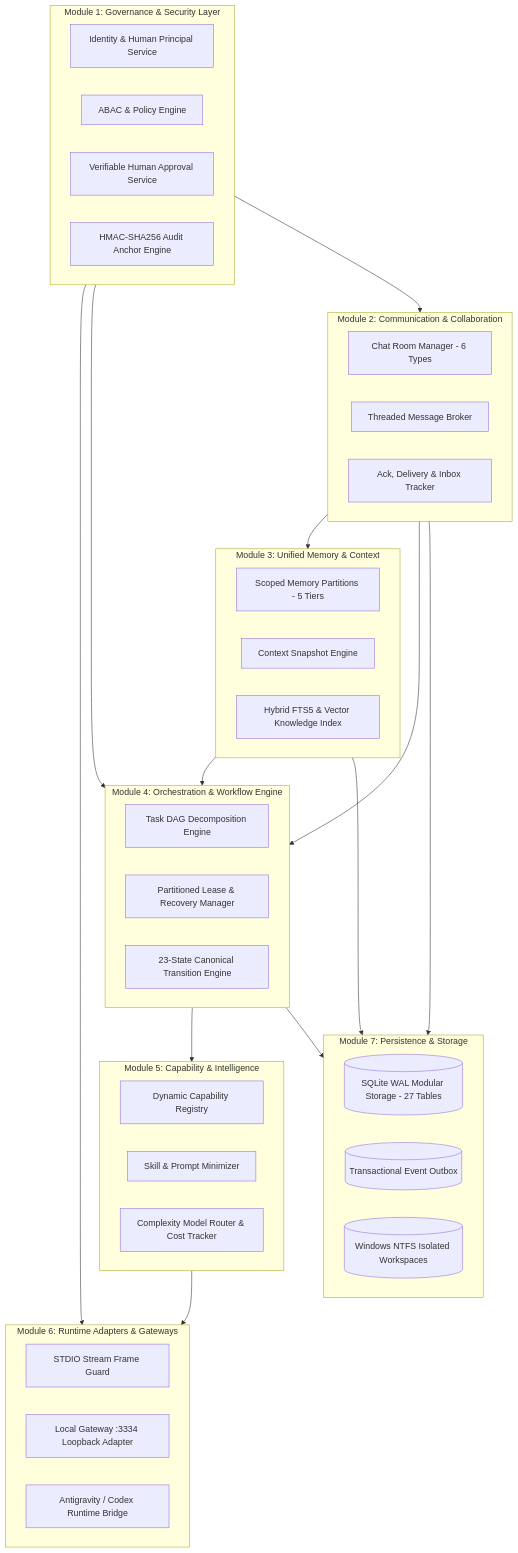
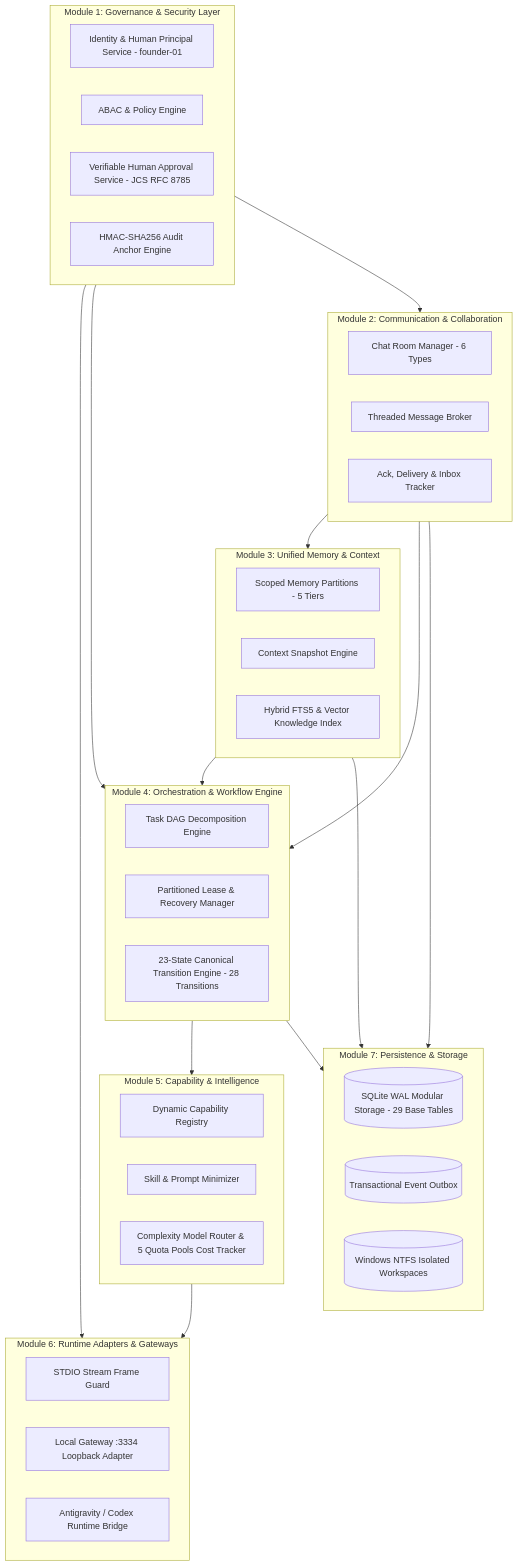
Before and after one commit to kietpro352010/AICO: the second of 3 diagrams in docs/blueprint/v3/00_AICO_V3_MASTER_BLUEPRINT.md, drawn with Mermaid. The commit also changed other lines of this file and 11 other files, not shown here.

First line of the commit message:
docs(blueprint): reconcile v3 architecture, security gates, and contracts

````diff
--- a/docs/blueprint/v3/00_AICO_V3_MASTER_BLUEPRINT.md
+++ b/docs/blueprint/v3/00_AICO_V3_MASTER_BLUEPRINT.md
@@ -93,57 +92,57 @@
 ```mermaid
 graph TD
     subgraph S1["Module 1: Governance & Security Layer"]
-        Auth[Identity & Human Principal Service]
+        Auth[Identity & Human Principal Service - founder-01]
         ABAC[ABAC & Policy Engine]
-        Approval[Verifiable Human Approval Service]
+        Approval[Verifiable Human Approval Service - JCS RFC 8785]
         Audit[HMAC-SHA256 Audit Anchor Engine]
     end
 
     subgraph S2["Module 2: Communication & Collaboration"]
         RoomMgr[Chat Room Manager - 6 Types]
         MsgBroker[Threaded Message Broker]
         Notify[Ack, Delivery & Inbox Tracker]
     end
 
     subgraph S3["Module 3: Unified Memory & Context"]
         MemPart[Scoped Memory Partitions - 5 Tiers]
         ContextEngine[Context Snapshot Engine]
         KnowSearch[Hybrid FTS5 & Vector Knowledge Index]
     end
 
     subgraph S4["Module 4: Orchestration & Workflow Engine"]
         DAG[Task DAG Decomposition Engine]
         LeaseMgr[Partitioned Lease & Recovery Manager]
-        StateMachine[23-State Canonical Transition Engine]
+        StateMachine[23-State Canonical Transition Engine - 28 Transitions]
     end
 
     subgraph S5["Module 5: Capability & Intelligence"]
         CapRegistry[Dynamic Capability Registry]
         TokenDiet[Skill & Prompt Minimizer]
-        ModelRouter[Complexity Model Router & Cost Tracker]
+        ModelRouter[Complexity Model Router & 5 Quota Pools Cost Tracker]
     end
 
     subgraph S6["Module 6: Runtime Adapters & Gateways"]
         StdioAdapter[STDIO Stream Frame Guard]
         HttpAdapter[Local Gateway :3334 Loopback Adapter]
         WorkerBridge[Antigravity / Codex Runtime Bridge]
     end
 
     subgraph S7["Module 7: Persistence & Storage"]
-        SQLite[(SQLite WAL Modular Storage - 27 Tables)]
+        SQLite[(SQLite WAL Modular Storage - 29 Base Tables)]
         EventOutbox[(Transactional Event Outbox)]
         WorkspaceFs[(Windows NTFS Isolated Workspaces)]
     end
 
     S1 --> S6
     S1 --> S4
     S1 --> S2
     S2 --> S3
     S2 --> S4
     S3 --> S4
     S4 --> S5
     S5 --> S6
     S4 --> S7
     S2 --> S7
     S3 --> S7
 ```
````
